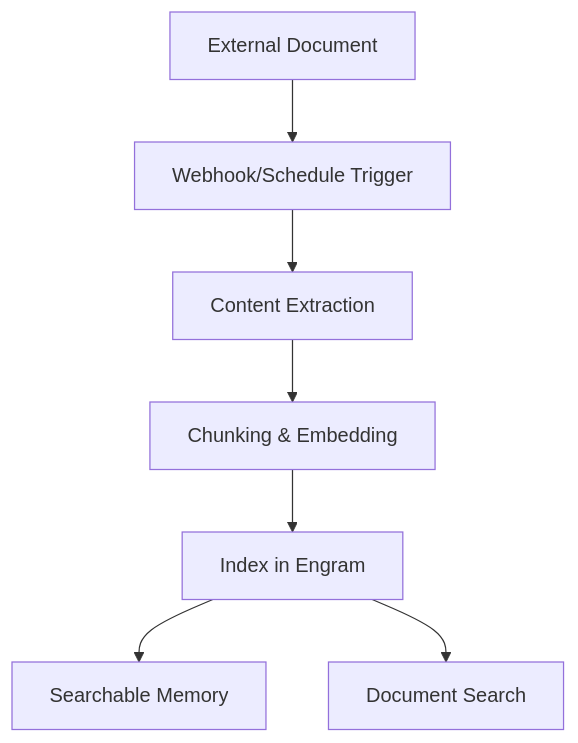
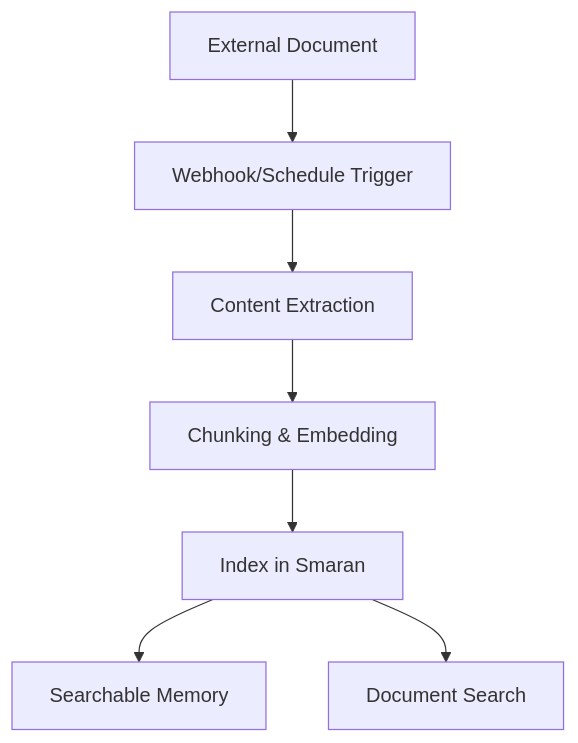
The diagram in apps/docs/connectors/overview.mdx (Ayushpani/engram), drawn with Mermaid before and after one commit. The commit also changed other lines of this file and 219 other files, not shown here.

````diff
--- a/apps/docs/connectors/overview.mdx
+++ b/apps/docs/connectors/overview.mdx
@@ -211,10 +211,10 @@
 ```mermaid
 graph TD
     A[External Document] --> B[Webhook/Schedule Trigger]
     B --> C[Content Extraction]
     C --> D[Chunking & Embedding]
-    D --> E[Index in Engram]
+    D --> E[Index in Smaran]
 
     E --> F[Searchable Memory]
     E --> G[Document Search]
 ```
````
